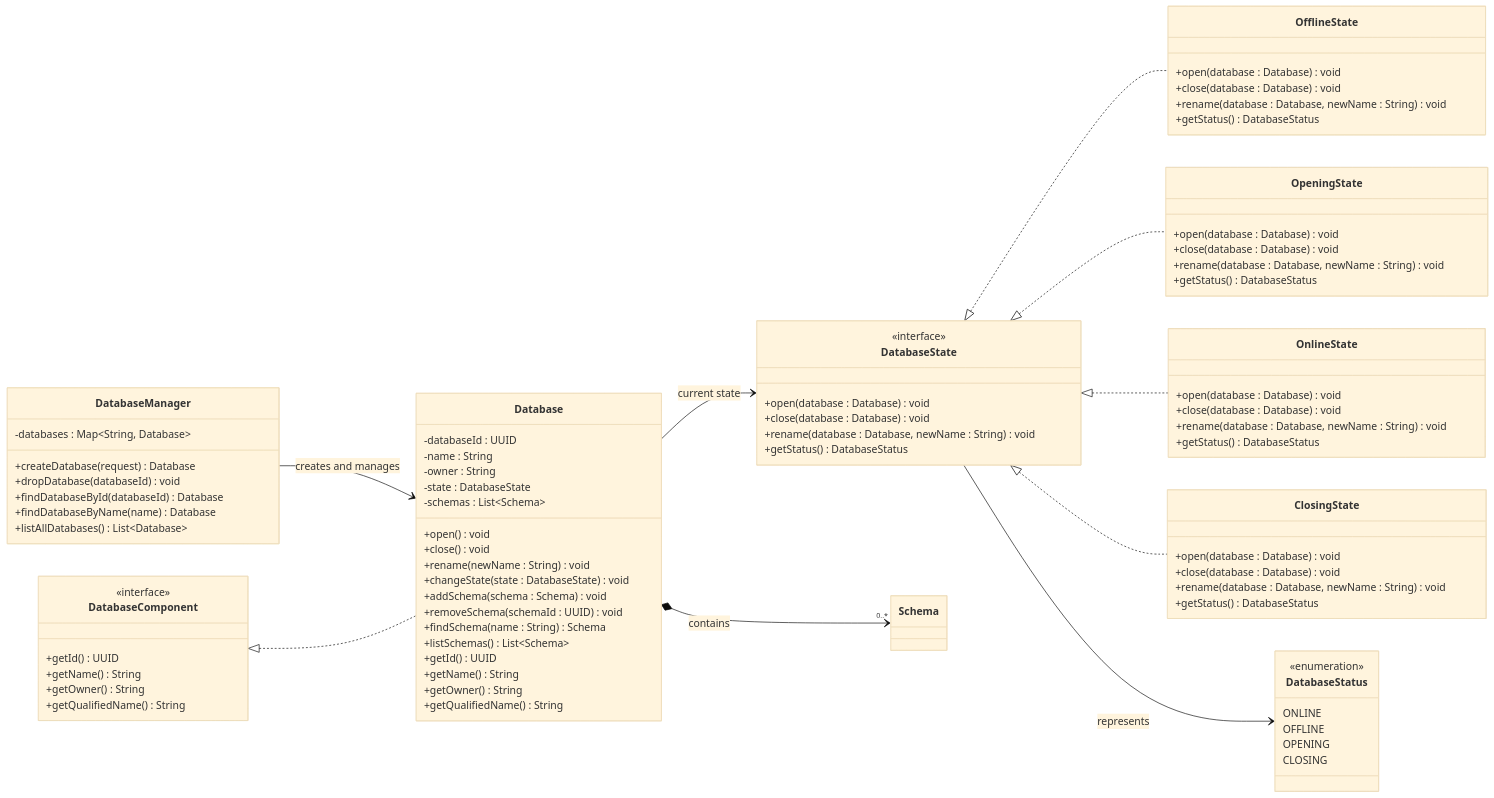
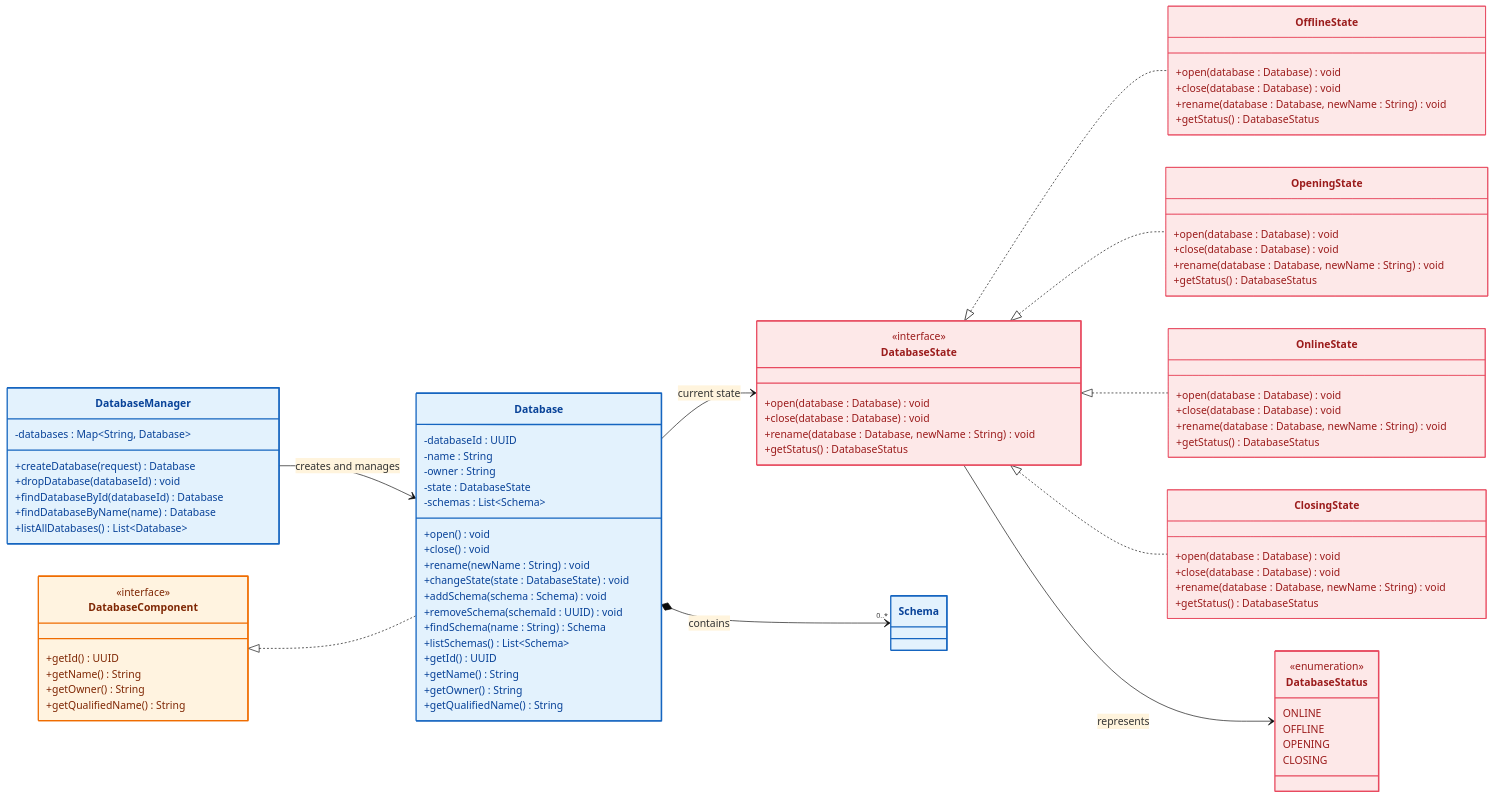
The third of 13 diagrams in docs/pattern/README.md (Huy1801214/dbms-architecture), drawn with Mermaid (base theme) before and after one commit. The commit also changed other lines of this file and 1 other file, not shown here.

Commit message:
add architecture and class diagrams to describe database system components

````diff
--- a/docs/pattern/README.md
+++ b/docs/pattern/README.md
@@ -908,4 +908,19 @@
 
 DatabaseState --> DatabaseStatus : represents
 Database *--> "0..*" Schema : contains
+
+%% =====================================================
+%% Styling
+%% =====================================================
+style DatabaseComponent fill:#fff3e0,stroke:#ef6c00,stroke-width:2px,color:#7f2704
+style DatabaseManager fill:#e3f2fd,stroke:#1565c0,stroke-width:2px,color:#084298
+style Database fill:#e3f2fd,stroke:#1565c0,stroke-width:2px,color:#084298
+style Schema fill:#e3f2fd,stroke:#1565c0,stroke-width:2px,color:#084298
+
+style DatabaseState fill:#fde8e8,stroke:#e84a5f,stroke-width:2px,color:#9b1c1c
+style OfflineState fill:#fde8e8,stroke:#e84a5f,stroke-width:1px,color:#9b1c1c
+style OpeningState fill:#fde8e8,stroke:#e84a5f,stroke-width:1px,color:#9b1c1c
+style OnlineState fill:#fde8e8,stroke:#e84a5f,stroke-width:1px,color:#9b1c1c
+style ClosingState fill:#fde8e8,stroke:#e84a5f,stroke-width:1px,color:#9b1c1c
+style DatabaseStatus fill:#fde8e8,stroke:#e84a5f,stroke-width:2px,color:#9b1c1c
 ```
````
